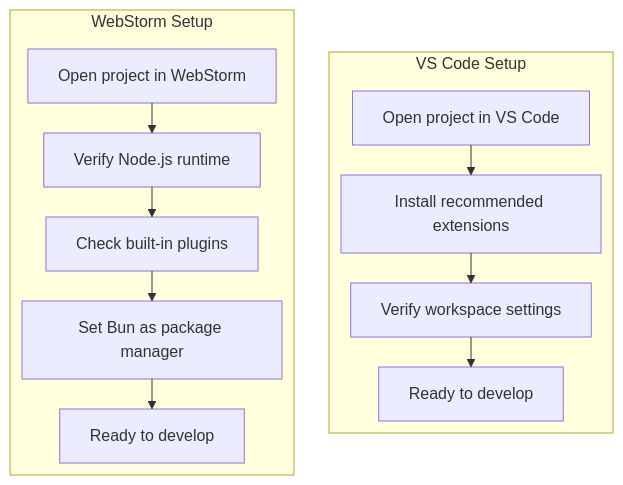
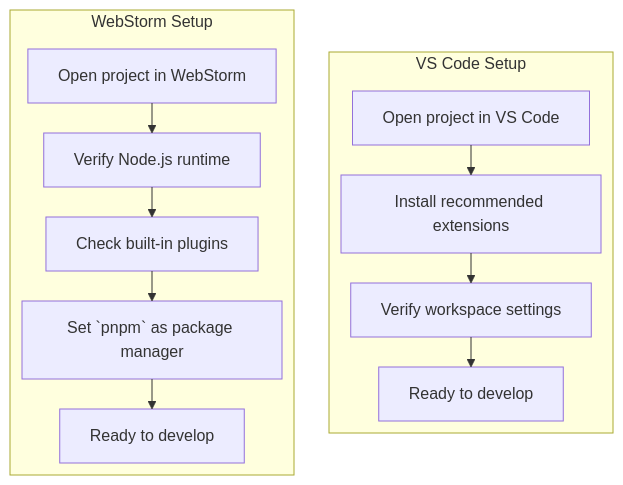
The third of 7 diagrams in GETTING-STARTED.md (tecapps/affirm), drawn with Mermaid before and after one commit. The commit also changed other lines of this file and 3 other files, not shown here.

First line of the commit message:
📝 docs: migrate package manager references from bun to pnpm

````diff
--- a/GETTING-STARTED.md
+++ b/GETTING-STARTED.md
@@ -261,25 +261,25 @@
 ```mermaid
 ---
 config:
   layout: elk
 ---
 flowchart TD
     subgraph "VS Code Setup"
         V1["Open project in VS Code"]
         V2["Install recommended extensions"]
         V3["Verify workspace settings"]
         V4["Ready to develop"]
 
         V1 --> V2 --> V3 --> V4
     end
 
     subgraph "WebStorm Setup"
         W1["Open project in WebStorm"]
         W2["Verify Node.js runtime"]
         W3["Check built-in plugins"]
-        W4["Set Bun as package manager"]
+        W4["Set `pnpm` as package manager"]
         W5["Ready to develop"]
 
         W1 --> W2 --> W3 --> W4 --> W5
     end
 ```
````
